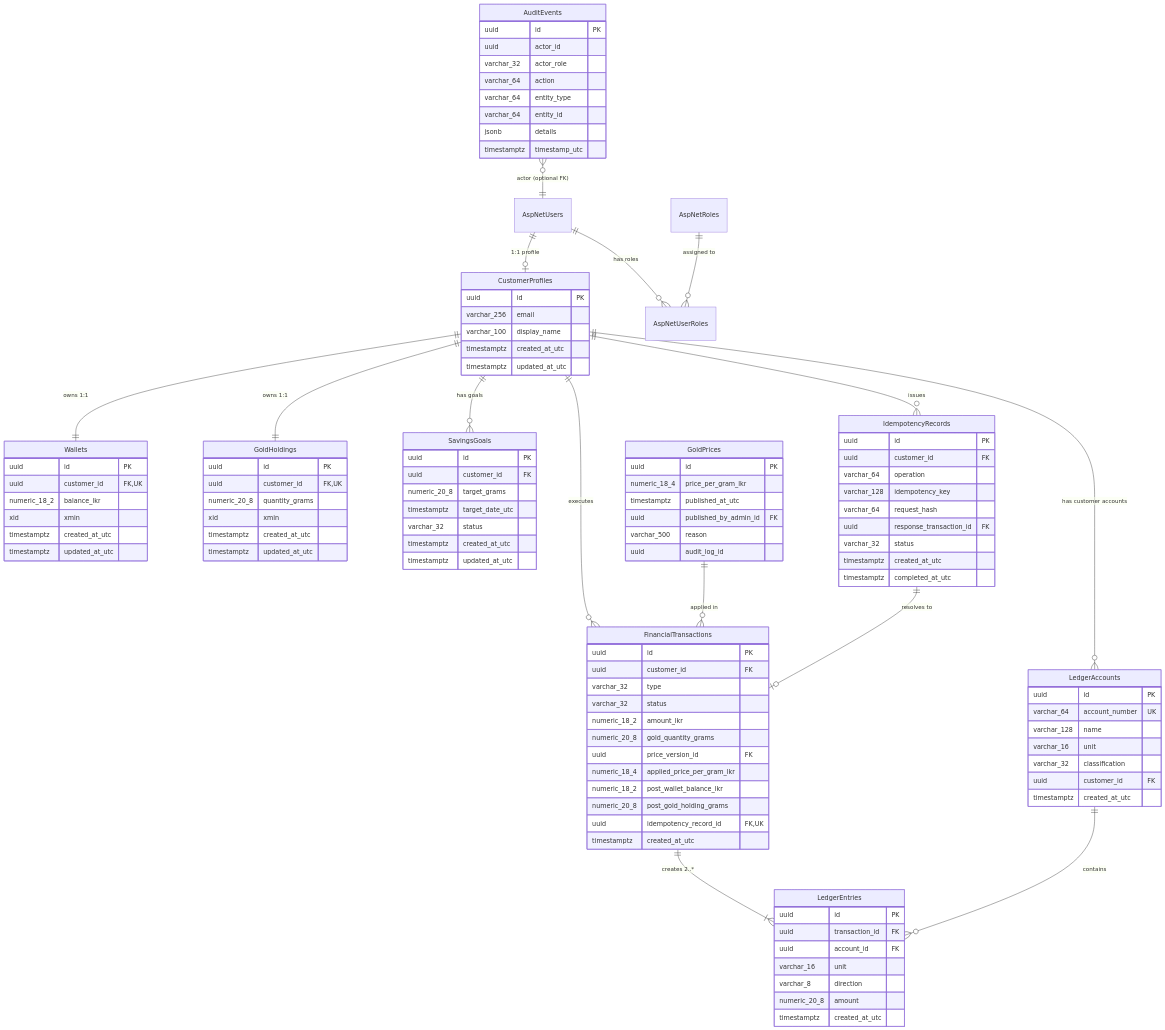
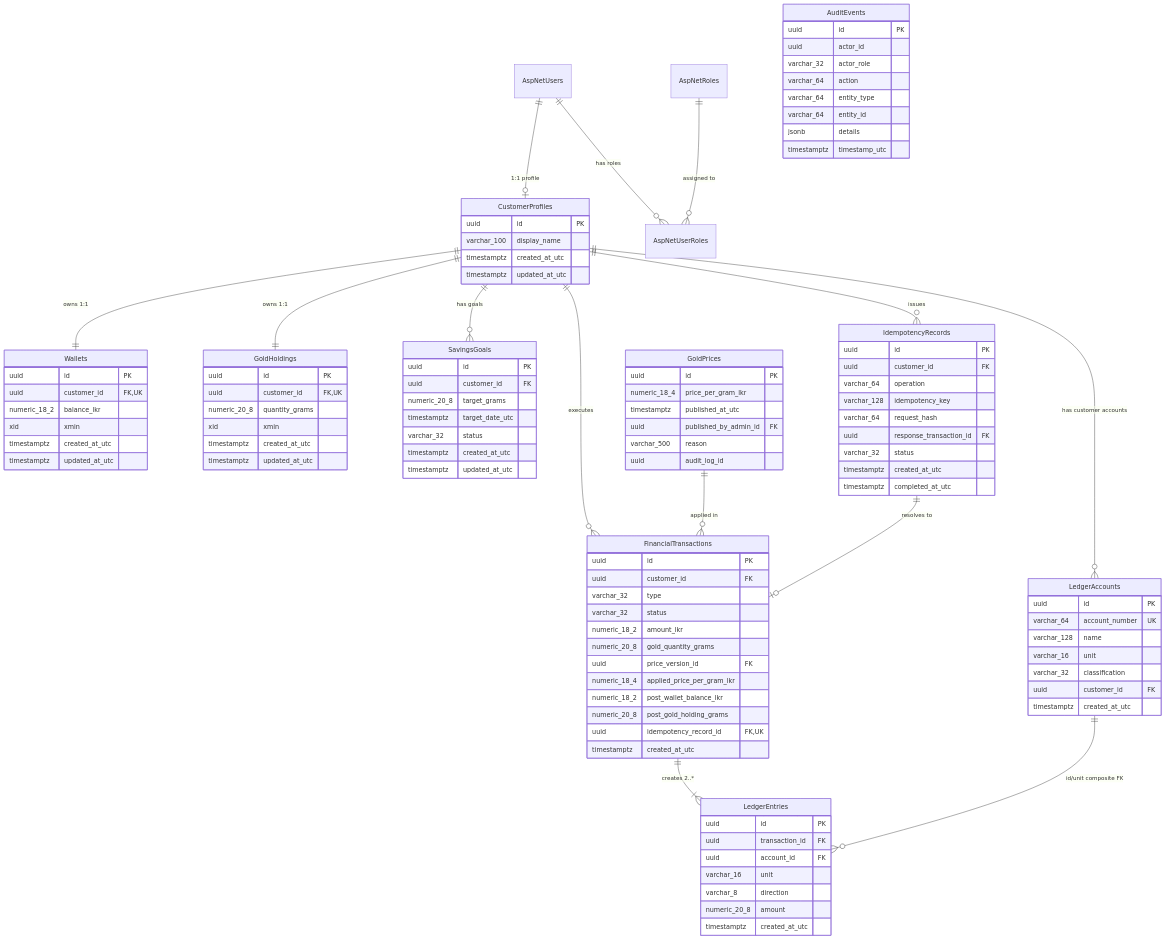
The diagram in docs/design/ERD.md (Hari8335/Nidhi), drawn with Mermaid before and after one commit. The commit also changed other lines of this file and 50 other files, not shown here.

```diff
--- a/docs/design/ERD.md
+++ b/docs/design/ERD.md
@@ -21,13 +21,12 @@
     
     GoldPrices ||--o{ FinancialTransactions : "applied in"
     FinancialTransactions ||--|{ LedgerEntries : "creates 2..*"
-    LedgerAccounts ||--o{ LedgerEntries : "contains"
+    LedgerAccounts ||--o{ LedgerEntries : "id/unit composite FK"
     IdempotencyRecords ||--o| FinancialTransactions : "resolves to"
-    AuditEvents }o--|| AspNetUsers : "actor (optional FK)"
+    %% AuditEvents.actor_id identifies an admin or system actor; no Identity-user FK.
 
     CustomerProfiles {
         uuid id PK
-        varchar_256 email
         varchar_100 display_name
         timestamptz created_at_utc
         timestamptz updated_at_utc
```
